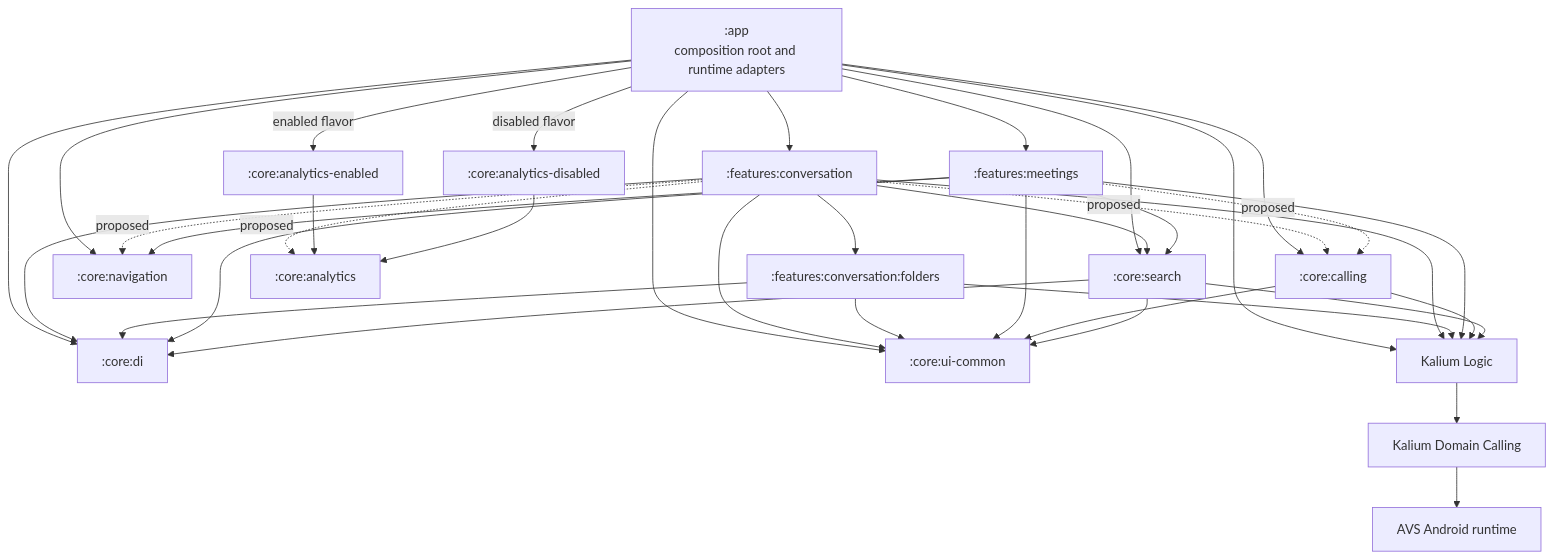
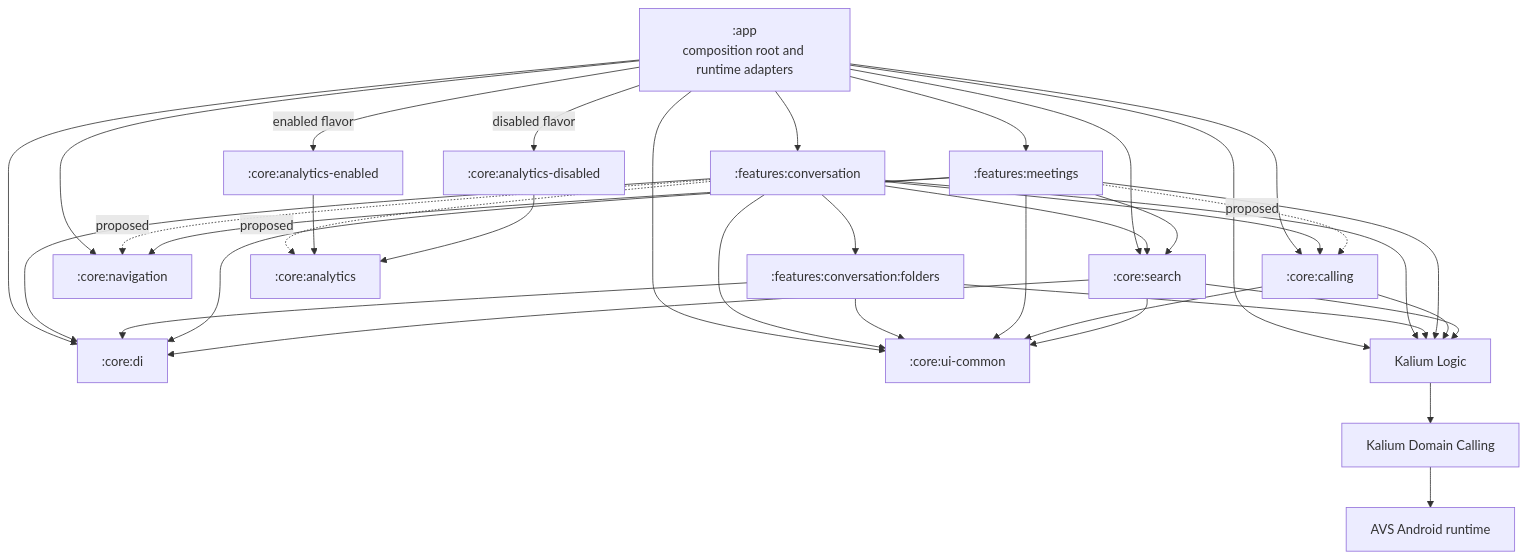
The diagram in docs/architecture/android-module-graph.md (wireapp/wire-android), drawn with Mermaid before and after one commit. The commit also changed other lines of this file and 10 other files, not shown here.

````diff
--- a/docs/architecture/android-module-graph.md
+++ b/docs/architecture/android-module-graph.md
@@ -12,55 +12,55 @@
 ```mermaid
 graph TD
     App[":app<br/>composition root and runtime adapters"]
     Conversation[":features:conversation"]
     Folders[":features:conversation:folders"]
     Meetings[":features:meetings"]
     Calling[":core:calling"]
     Navigation[":core:navigation"]
     Search[":core:search"]
     Di[":core:di"]
     UiCommon[":core:ui-common"]
     Analytics[":core:analytics"]
     AnalyticsEnabled[":core:analytics-enabled"]
     AnalyticsDisabled[":core:analytics-disabled"]
     KaliumLogic["Kalium Logic"]
     KaliumCalling["Kalium Domain Calling"]
     Avs["AVS Android runtime"]
 
     App --> Conversation
     App --> Meetings
     App --> Calling
     App --> Navigation
     App --> Search
     App --> Di
     App --> UiCommon
     App -->|enabled flavor| AnalyticsEnabled
     App -->|disabled flavor| AnalyticsDisabled
     App --> KaliumLogic
     Conversation --> Di
     Conversation --> UiCommon
     Conversation --> KaliumLogic
     Conversation --> Folders
-    Conversation -. proposed .-> Calling
+    Conversation --> Calling
     Conversation -. proposed .-> Analytics
     Conversation -. proposed .-> Navigation
     Conversation --> Search
     Folders --> Di
     Folders --> UiCommon
     Folders --> KaliumLogic
     Meetings -. proposed .-> Calling
     Meetings --> Navigation
     Meetings --> Search
     Meetings --> Di
     Meetings --> UiCommon
     Meetings --> KaliumLogic
     Calling --> UiCommon
     Calling --> KaliumLogic
     Search --> Di
     Search --> UiCommon
     Search --> KaliumLogic
     AnalyticsEnabled --> Analytics
     AnalyticsDisabled --> Analytics
     KaliumLogic --> KaliumCalling
     KaliumCalling --> Avs
 ```
````
